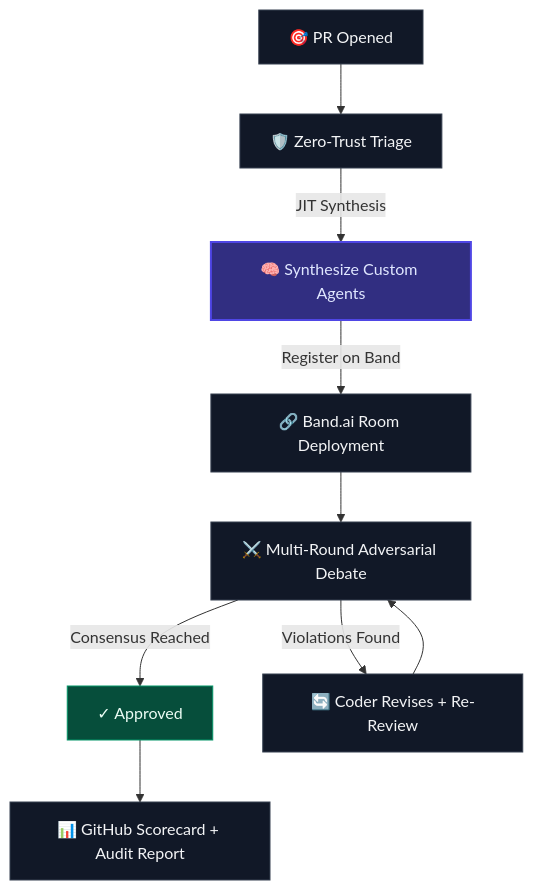
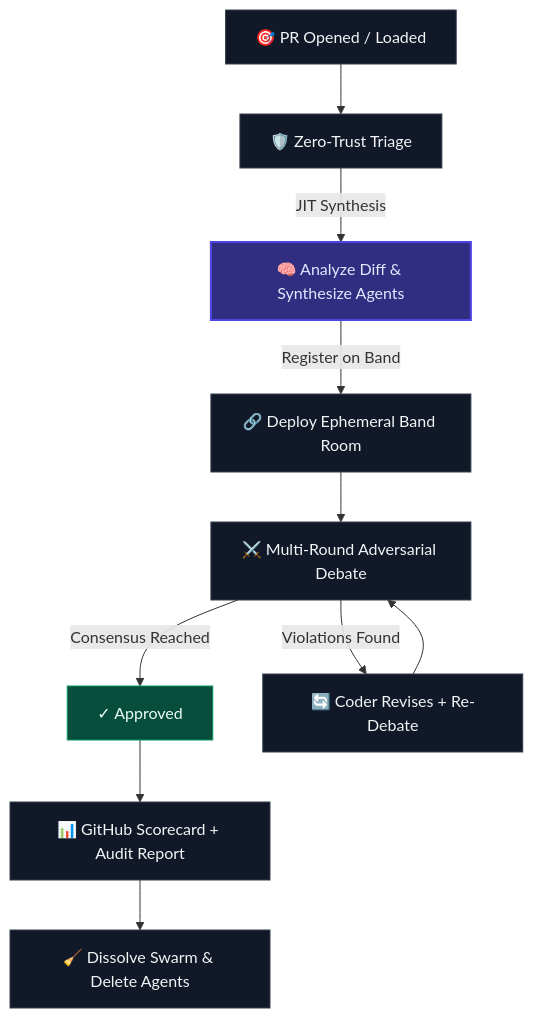
The first of 2 diagrams in README.md (vjb/WellActually.ai), drawn with Mermaid before and after one commit. The commit also changed other lines of this file, not shown here.

````diff
--- a/README.md
+++ b/README.md
@@ -19,15 +21,16 @@
 ```mermaid
 flowchart TD
     classDef default fill:#111827,stroke:#374151,color:#f3f4f6,stroke-width:1px;
     classDef accent fill:#312e81,stroke:#4f46e5,color:#e0e7ff,stroke-width:2px;
     classDef success fill:#064e3b,stroke:#059669,color:#ecfdf5,stroke-width:1px;
     
-    A["🎯 PR Opened"] --> B["🛡️ Zero-Trust Triage"]
-    B -->|JIT Synthesis| D["🧠 Synthesize Custom Agents"]:::accent
-    D -->|Register on Band| E["🔗 Band.ai Room Deployment"]
+    A["🎯 PR Opened / Loaded"] --> B["🛡️ Zero-Trust Triage"]
+    B -->|JIT Synthesis| D["🧠 Analyze Diff & Synthesize Agents"]:::accent
+    D -->|Register on Band| E["🔗 Deploy Ephemeral Band Room"]
     E --> F["⚔️ Multi-Round Adversarial Debate"]
     F -->|Consensus Reached| G["✓ Approved"]:::success
-    F -->|Violations Found| H["🔄 Coder Revises + Re-Review"]
+    F -->|Violations Found| H["🔄 Coder Revises + Re-Debate"]
     H --> F
     G --> I["📊 GitHub Scorecard + Audit Report"]
+    I --> J["🧹 Dissolve Swarm & Delete Agents"]
 ```
````
